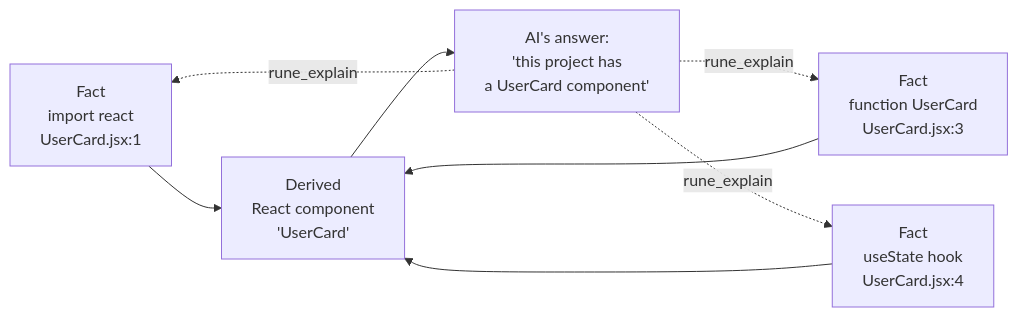
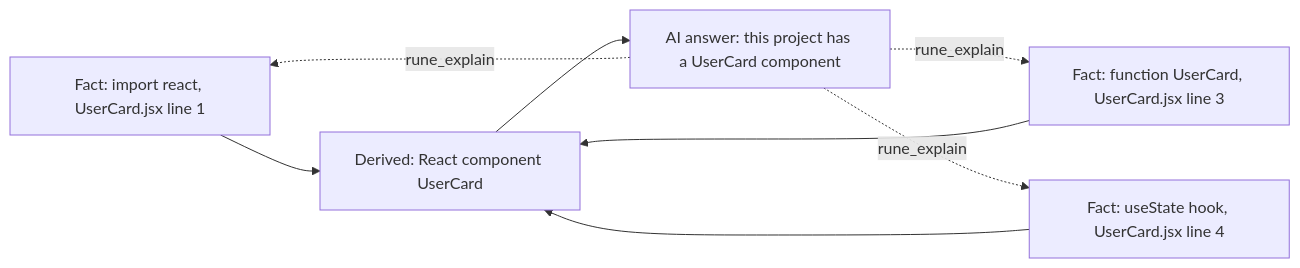
Before and after one commit to thecolourfoundation/rune: the third of 4 diagrams in README.md, drawn with Mermaid. The commit also changed other lines of this file, not shown here.

First line of the commit message:
fix: diagram 1 still failed to render after the first fix attempt

````diff
--- a/README.md
+++ b/README.md
@@ -41,10 +45,10 @@
 ```mermaid
 flowchart LR
-    F1["Fact<br/>import react<br/>UserCard.jsx:1"] --> D["Derived<br/>React component<br/>'UserCard'"]
-    F2["Fact<br/>function UserCard<br/>UserCard.jsx:3"] --> D
-    F3["Fact<br/>useState hook<br/>UserCard.jsx:4"] --> D
-    D --> C["AI's answer:<br/>'this project has<br/>a UserCard component'"]
+    F1["Fact: import react, UserCard.jsx line 1"] --> D["Derived: React component UserCard"]
+    F2["Fact: function UserCard, UserCard.jsx line 3"] --> D
+    F3["Fact: useState hook, UserCard.jsx line 4"] --> D
+    D --> C["AI answer: this project has a UserCard component"]
     C -.->|"rune_explain"| F1
     C -.->|"rune_explain"| F2
     C -.->|"rune_explain"| F3
 ```
````
